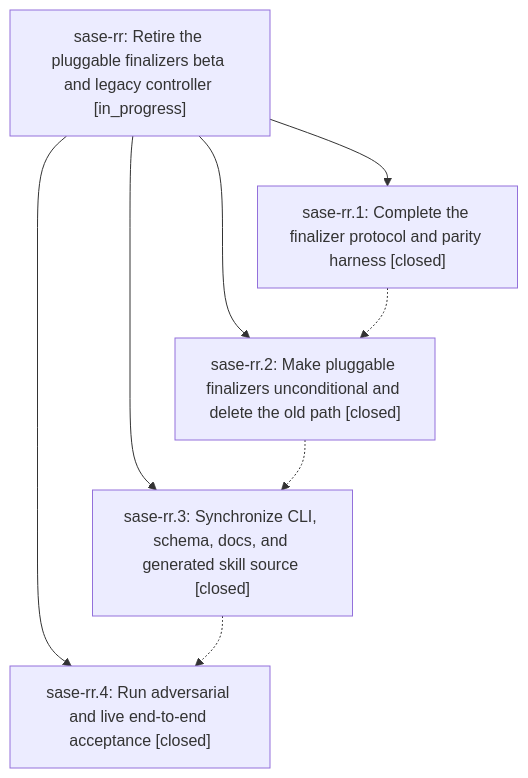
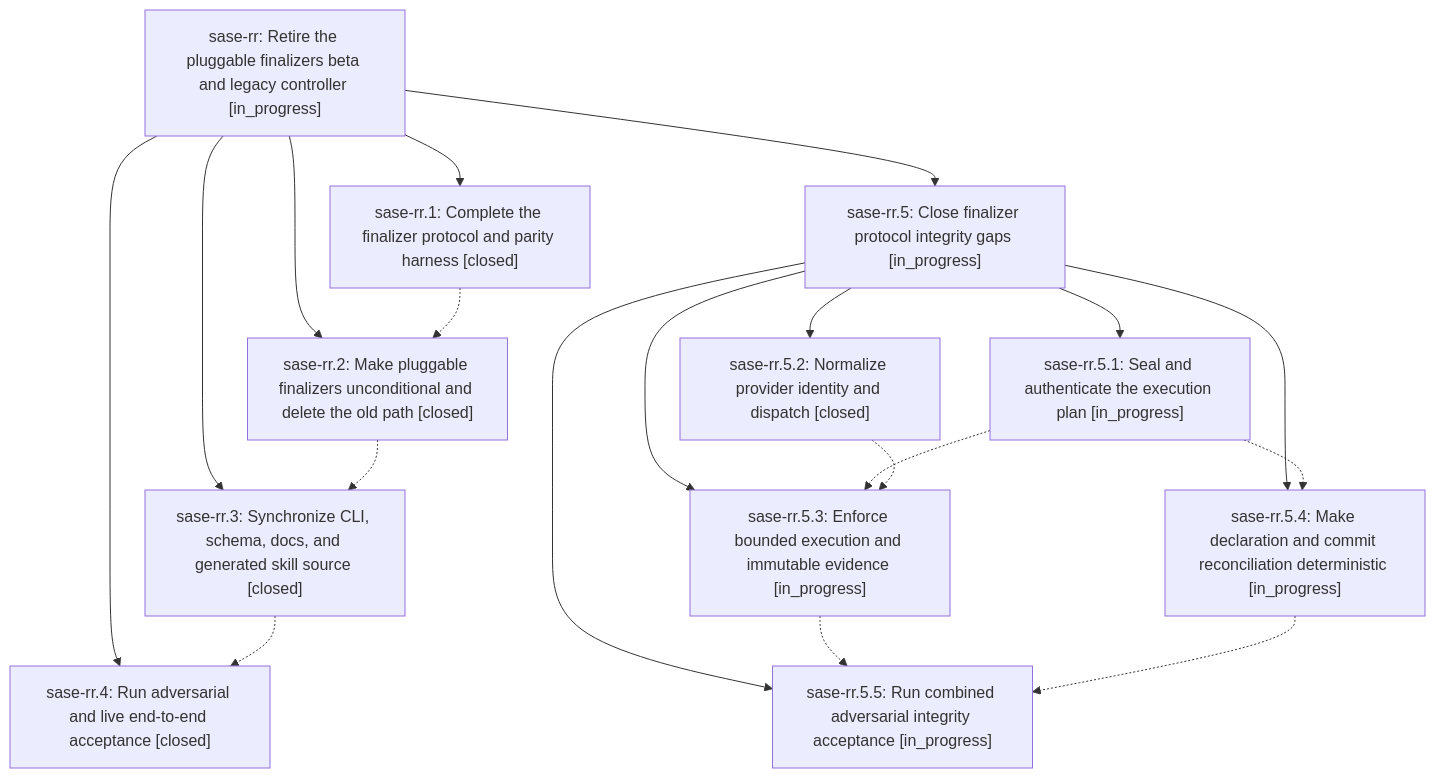
Before and after one commit to sase-org/sase--beads: the diagram in pages/sase-rr/README.md, drawn with Mermaid. The commit also changed other lines of this file and 6 other files, not shown here.

````diff
--- a/pages/sase-rr/README.md
+++ b/pages/sase-rr/README.md
@@ -35,15 +51,32 @@
 ```mermaid
 flowchart TD
     n0["sase-rr: Retire the pluggable finalizers beta and legacy controller [in_progress]"]
     n1["sase-rr.1: Complete the finalizer protocol and parity harness [closed]"]
     n2["sase-rr.2: Make pluggable finalizers unconditional and delete the old path [closed]"]
     n3["sase-rr.3: Synchronize CLI, schema, docs, and generated skill source [closed]"]
     n4["sase-rr.4: Run adversarial and live end-to-end acceptance [closed]"]
+    n5["sase-rr.5: Close finalizer protocol integrity gaps [in_progress]"]
+    n6["sase-rr.5.1: Seal and authenticate the execution plan [in_progress]"]
+    n7["sase-rr.5.2: Normalize provider identity and dispatch [closed]"]
+    n8["sase-rr.5.3: Enforce bounded execution and immutable evidence [in_progress]"]
+    n9["sase-rr.5.4: Make declaration and commit reconciliation deterministic [in_progress]"]
+    n10["sase-rr.5.5: Run combined adversarial integrity acceptance [in_progress]"]
     n0 --> n1
     n0 --> n2
     n0 --> n3
     n0 --> n4
+    n0 --> n5
+    n5 --> n6
+    n5 --> n7
+    n5 --> n8
+    n5 --> n9
+    n5 --> n10
     n1 -.-> n2
     n2 -.-> n3
     n3 -.-> n4
+    n6 -.-> n8
+    n6 -.-> n9
+    n7 -.-> n8
+    n8 -.-> n10
+    n9 -.-> n10
 ```
````
